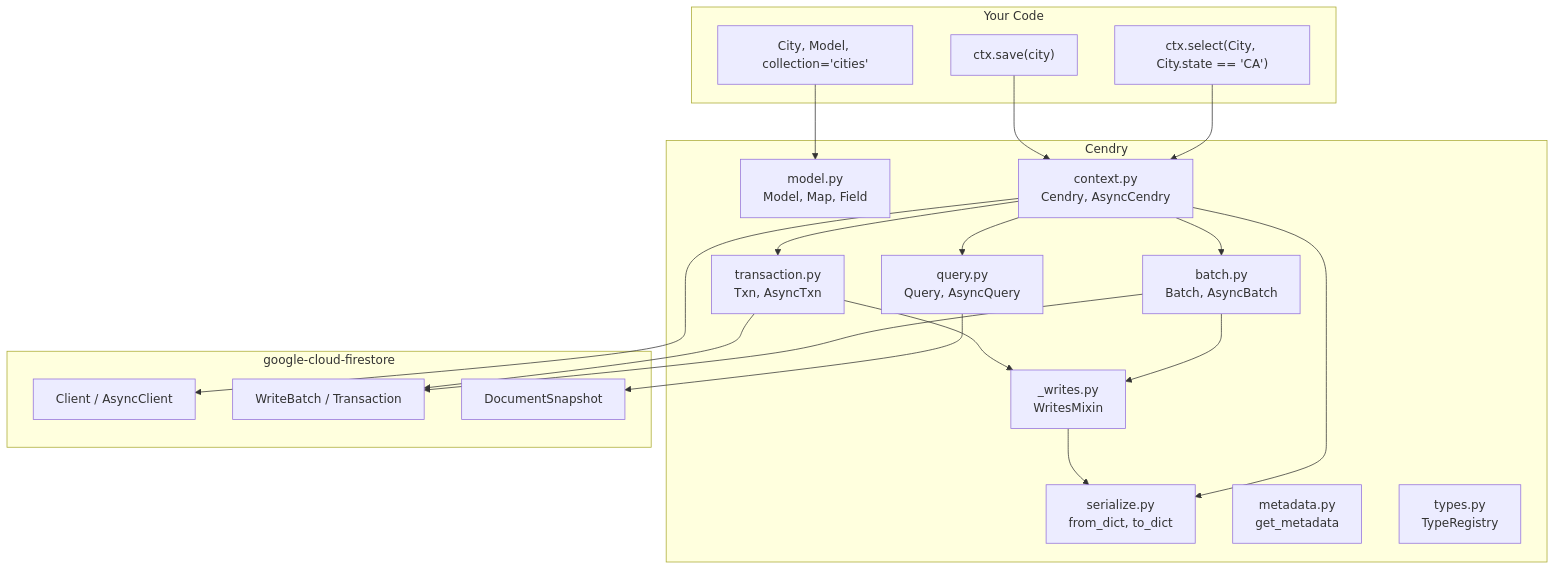
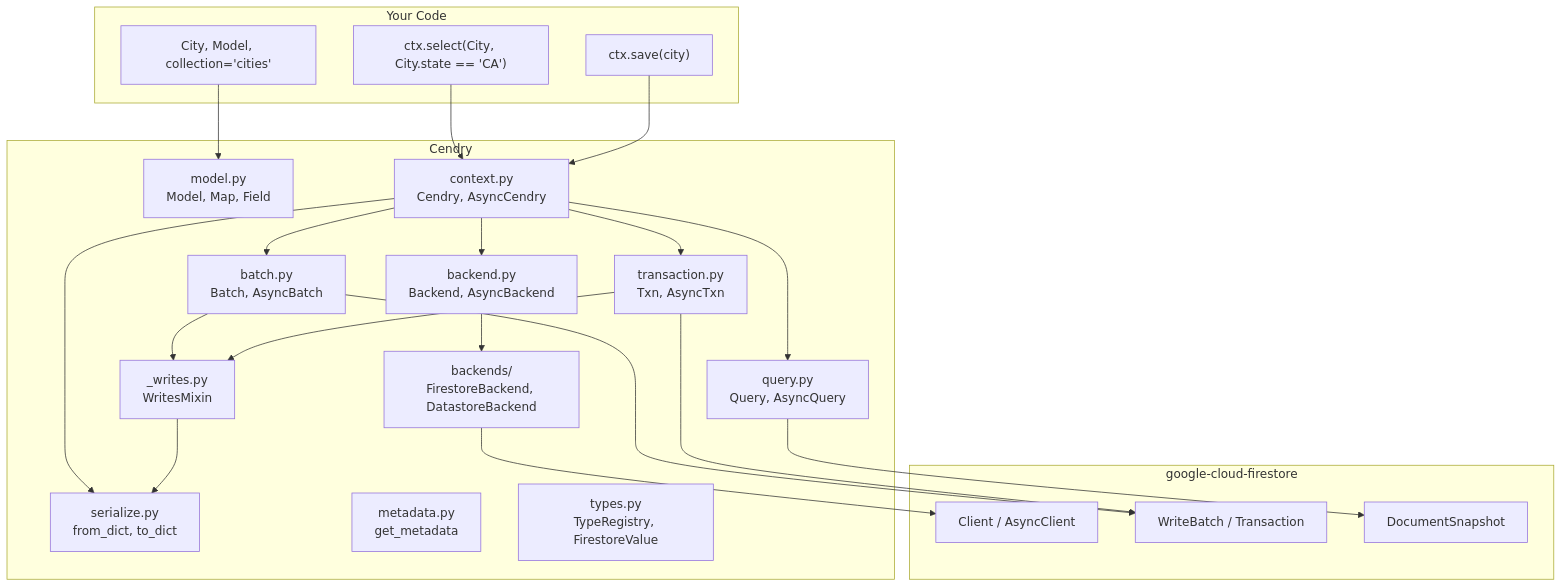
One commit to johnnoone/cendry changed the first of 6 diagrams in docs/explanation/architecture.md. Above: the diagram before and after it, drawn with Mermaid. The commit also changed other lines of this file and 6 other files, not shown here.

````diff
--- a/docs/explanation/architecture.md
+++ b/docs/explanation/architecture.md
@@ -7,41 +7,45 @@
 ```mermaid
 graph TB
     subgraph Your Code
         A[City, Model, collection='cities']
         B["ctx.select(City, City.state == 'CA')"]
         C["ctx.save(city)"]
     end
 
     subgraph Cendry
         D[model.py<br/>Model, Map, Field]
         E[context.py<br/>Cendry, AsyncCendry]
         F[query.py<br/>Query, AsyncQuery]
         G[serialize.py<br/>from_dict, to_dict]
         H[batch.py<br/>Batch, AsyncBatch]
         I[transaction.py<br/>Txn, AsyncTxn]
         J[metadata.py<br/>get_metadata]
-        K[types.py<br/>TypeRegistry]
+        K[types.py<br/>TypeRegistry, FirestoreValue]
         L[_writes.py<br/>WritesMixin]
+        P[backend.py<br/>Backend, AsyncBackend]
+        Q[backends/<br/>FirestoreBackend, DatastoreBackend]
     end
 
     subgraph google-cloud-firestore
         M[Client / AsyncClient]
         N[WriteBatch / Transaction]
         O[DocumentSnapshot]
     end
 
     A --> D
     B --> E
     C --> E
     E --> F
     E --> G
     E --> H
     E --> I
     H --> L
     I --> L
     L --> G
-    E --> M
+    E --> P
+    P --> Q
+    Q --> M
     H --> N
     I --> N
     F --> O
 ```
````
